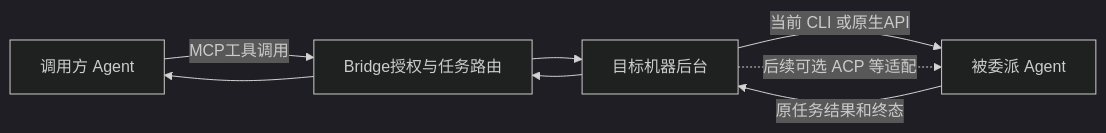
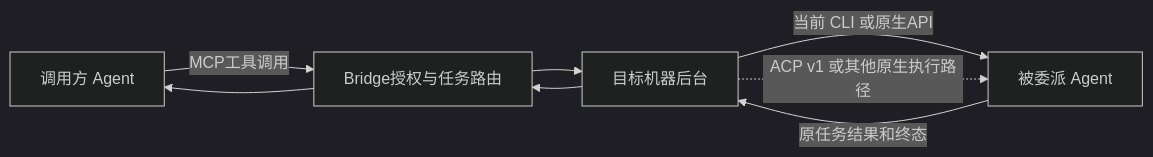
The diagram in doc/agent-integration-guide.md (wsjq5477/MA-Relay), drawn with Mermaid (dark theme) before and after one commit. The commit also changed other lines of this file and 46 other files, not shown here.

````diff
--- a/doc/agent-integration-guide.md
+++ b/doc/agent-integration-guide.md
@@ -21,10 +21,10 @@
 ```mermaid
 flowchart LR
   A[调用方 Agent] -->|MCP工具调用| B[Bridge授权与任务路由]
   B --> M[目标机器后台]
   M -->|当前 CLI 或原生API| T[被委派 Agent]
-  M -.->|后续可选 ACP 等适配| T
+  M -.->|ACP v1 或其他原生执行路径| T
   T -->|原任务结果和终态| M
   M --> B
   B --> A
 ```
````
